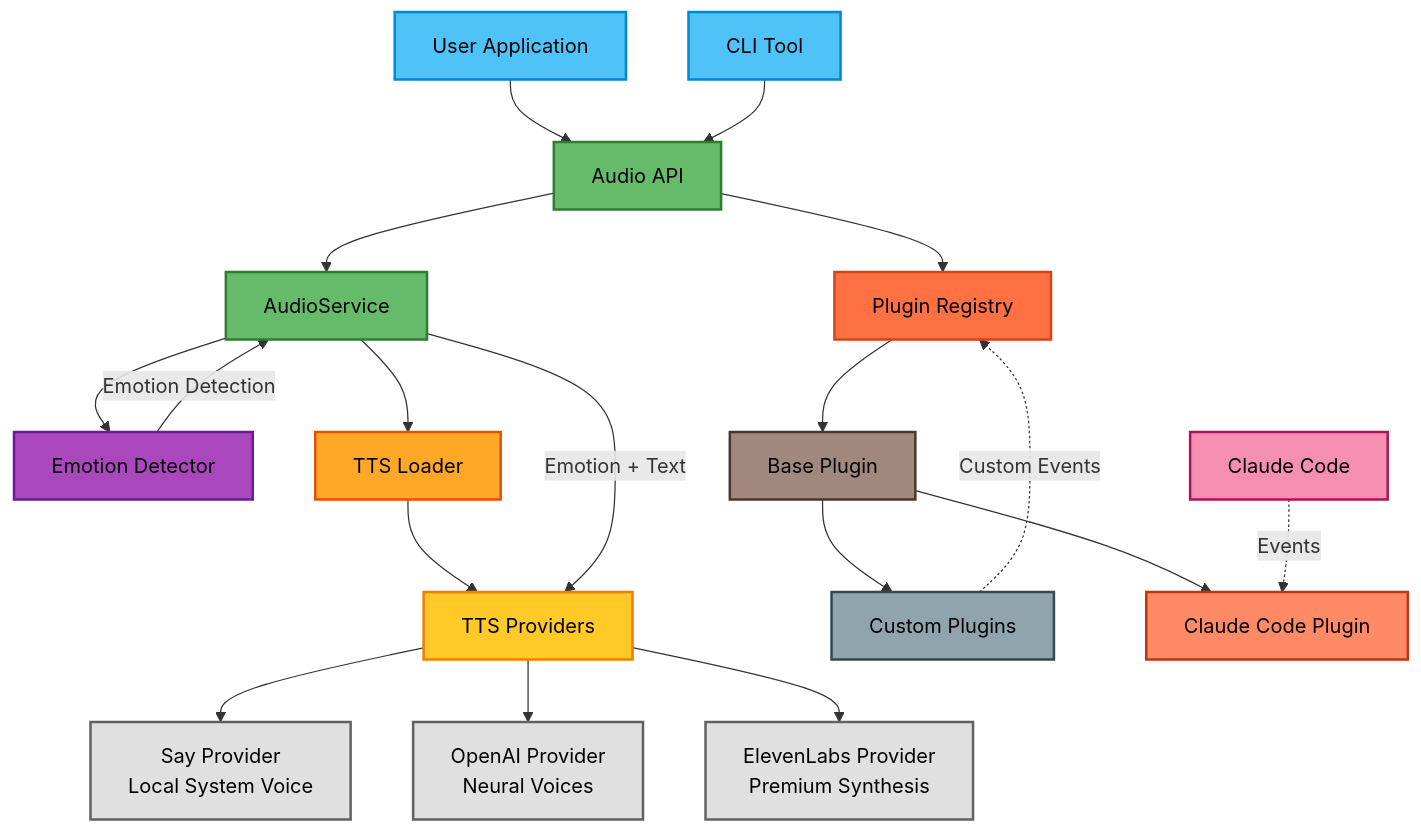
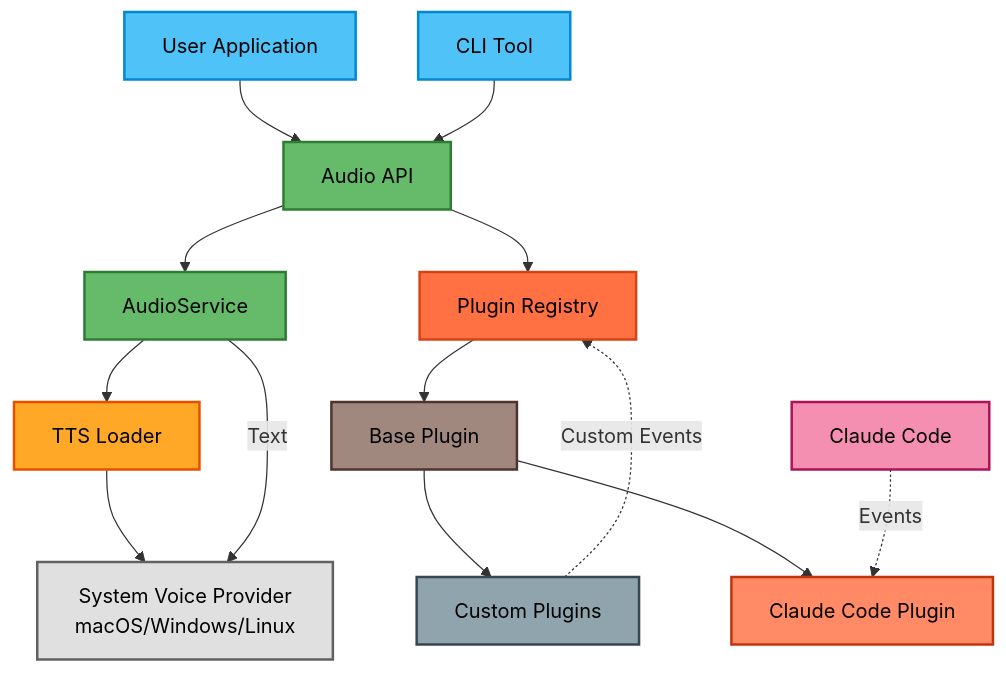
One commit to neekware/eh-aye-stts changed the diagram in README.md. Above: the diagram before and after it, drawn with Mermaid. The commit also changed other lines of this file and 4 other files, not shown here.

````diff
--- a/README.md
+++ b/README.md
@@ -433,47 +366,38 @@
 ```mermaid
 graph TB
     %% User Entry Points
     User[User Application] --> API[Audio API]
     CLI[CLI Tool] --> API
 
     %% Core Audio API
     API --> AS[AudioService]
-    AS --> ED[Emotion Detector]
     AS --> TL[TTS Loader]
 
     %% TTS System
-    TL --> TP[TTS Providers]
-    TP --> Say[Say Provider<br/>Local System Voice]
-    TP --> OAI[OpenAI Provider<br/>Neural Voices]
-    TP --> EL[ElevenLabs Provider<br/>Premium Synthesis]
+    TL --> Say[System Voice Provider<br/>macOS/Windows/Linux]
 
     %% Plugin System
     API --> PR[Plugin Registry]
     PR --> BP[Base Plugin]
     BP --> CP[Custom Plugins]
     BP --> CCP[Claude Code Plugin]
 
     %% Event Flow
     CC[Claude Code] -.->|Events| CCP
     CP -.->|Custom Events| PR
 
-    %% Emotion Flow
-    ED --> |Emotion Detection| AS
-    AS --> |Emotion + Text| TP
+    %% Audio Flow
+    AS --> |Text| Say
 
     style User fill:#4fc3f7,stroke:#0288d1,stroke-width:2px,color:#000
     style CLI fill:#4fc3f7,stroke:#0288d1,stroke-width:2px,color:#000
     style API fill:#66bb6a,stroke:#2e7d32,stroke-width:2px,color:#000
     style AS fill:#66bb6a,stroke:#2e7d32,stroke-width:2px,color:#000
-    style ED fill:#ab47bc,stroke:#6a1b9a,stroke-width:2px,color:#000
     style TL fill:#ffa726,stroke:#e65100,stroke-width:2px,color:#000
-    style TP fill:#ffca28,stroke:#f57c00,stroke-width:2px,color:#000
     style Say fill:#e0e0e0,stroke:#616161,stroke-width:2px,color:#000
-    style OAI fill:#e0e0e0,stroke:#616161,stroke-width:2px,color:#000
-    style EL fill:#e0e0e0,stroke:#616161,stroke-width:2px,color:#000
     style PR fill:#ff7043,stroke:#d84315,stroke-width:2px,color:#000
     style BP fill:#a1887f,stroke:#4e342e,stroke-width:2px,color:#000
     style CP fill:#90a4ae,stroke:#37474f,stroke-width:2px,color:#000
     style CCP fill:#ff8a65,stroke:#bf360c,stroke-width:2px,color:#000
     style CC fill:#f48fb1,stroke:#ad1457,stroke-width:2px,color:#000
 ```
````
